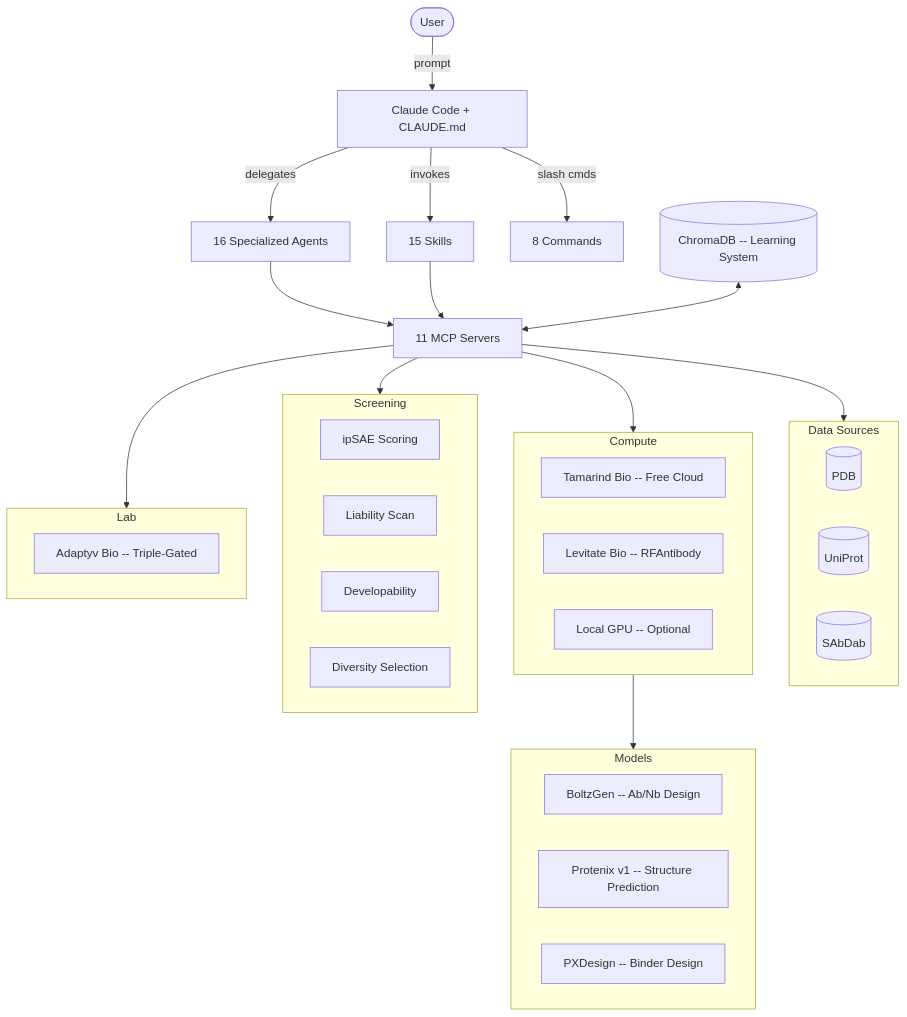
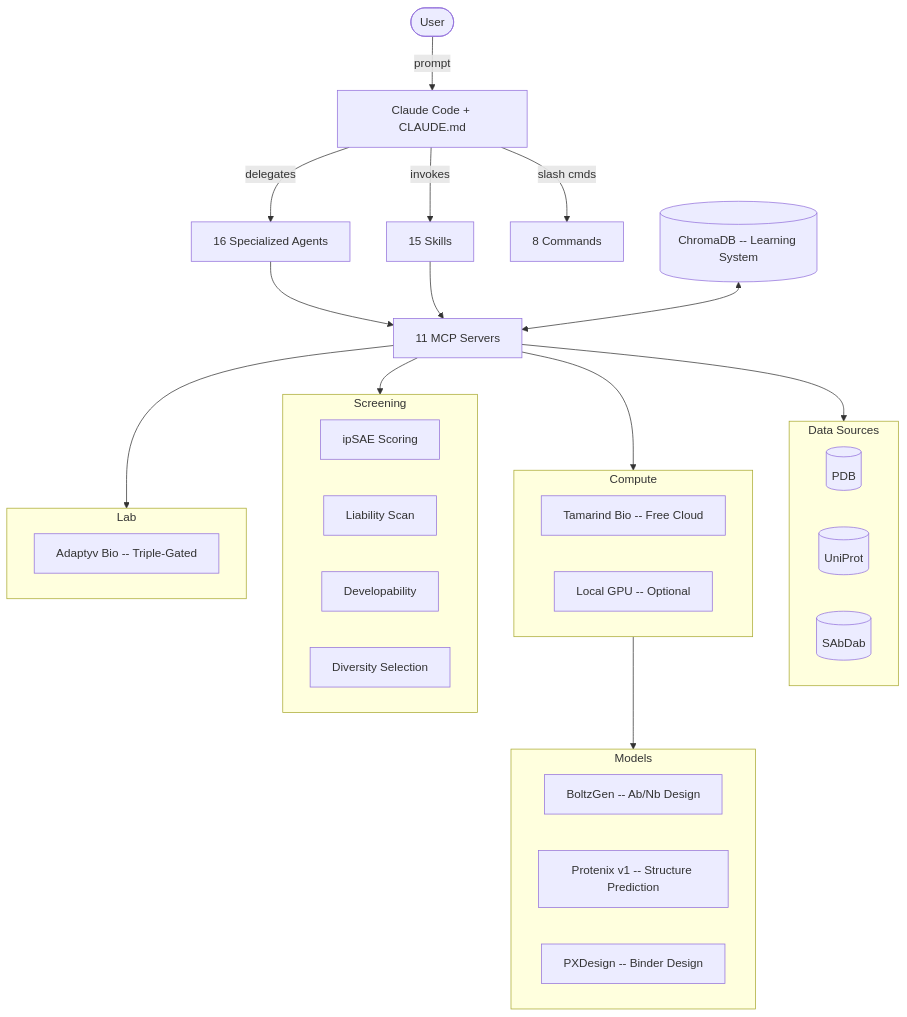
The diagram in README.md (001TMF/blatant-why), drawn with Mermaid before and after one commit. The commit also changed other lines of this file and 27 other files, not shown here.

First line of the commit message:
chore: completely remove Levitate Bio / RFAntibody — 19 files cleaned

````diff
--- a/README.md
+++ b/README.md
@@ -185,48 +183,47 @@
 ```mermaid
 flowchart TB
     User([User]) -->|prompt| Claude[Claude Code + CLAUDE.md]
 
     Claude -->|delegates| Agents[16 Specialized Agents]
     Claude -->|invokes| Skills[15 Skills]
     Claude -->|slash cmds| Commands[8 Commands]
 
     Agents --> MCP[11 MCP Servers]
     Skills --> MCP
 
     subgraph Data["Data Sources"]
         PDB[(PDB)]
         UniProt[(UniProt)]
         SAbDab[(SAbDab)]
     end
 
     subgraph Compute["Compute"]
         Tamarind["Tamarind Bio -- Free Cloud"]
-        Levitate["Levitate Bio -- RFAntibody"]
         LocalGPU["Local GPU -- Optional"]
     end
 
     subgraph Models["Models"]
         BoltzGen["BoltzGen -- Ab/Nb Design"]
         Protenix["Protenix v1 -- Structure Prediction"]
         PXDesign["PXDesign -- Binder Design"]
     end
 
     subgraph Screening["Screening"]
         ipSAE["ipSAE Scoring"]
         Liabilities["Liability Scan"]
         Developability["Developability"]
         Diversity["Diversity Selection"]
     end
 
     subgraph Lab["Lab"]
         Adaptyv["Adaptyv Bio -- Triple-Gated"]
     end
 
     MCP --> Data
     MCP --> Compute
     Compute --> Models
     MCP --> Screening
     MCP --> Lab
 
     ChromaDB[(ChromaDB -- Learning System)] <--> MCP
 ```
````
